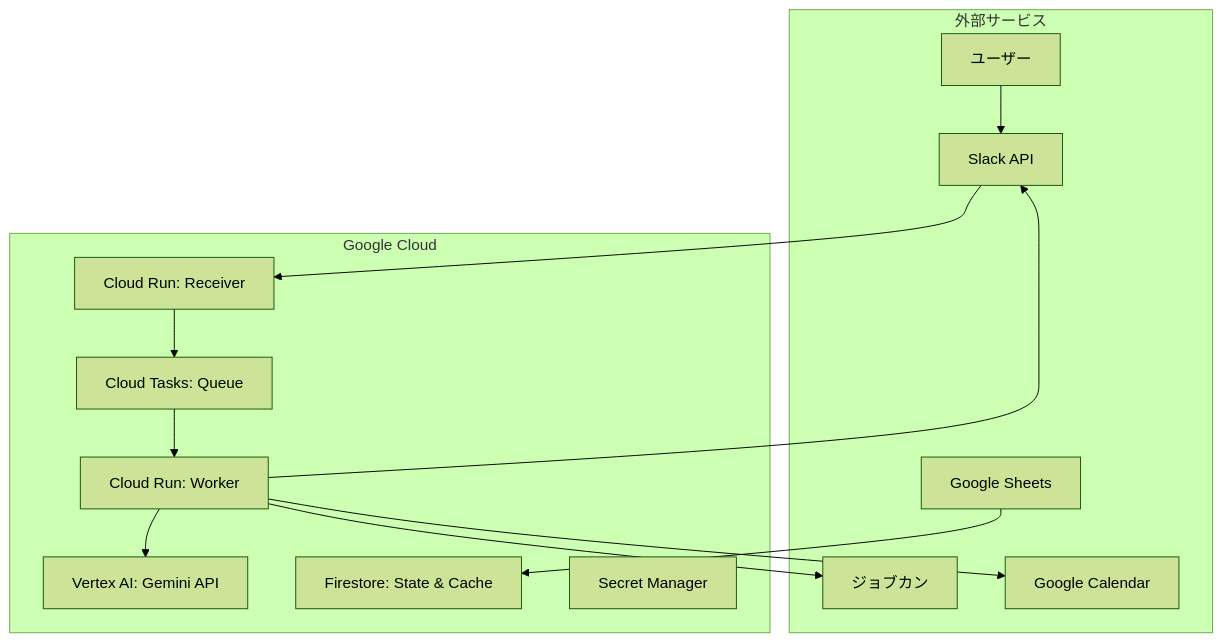
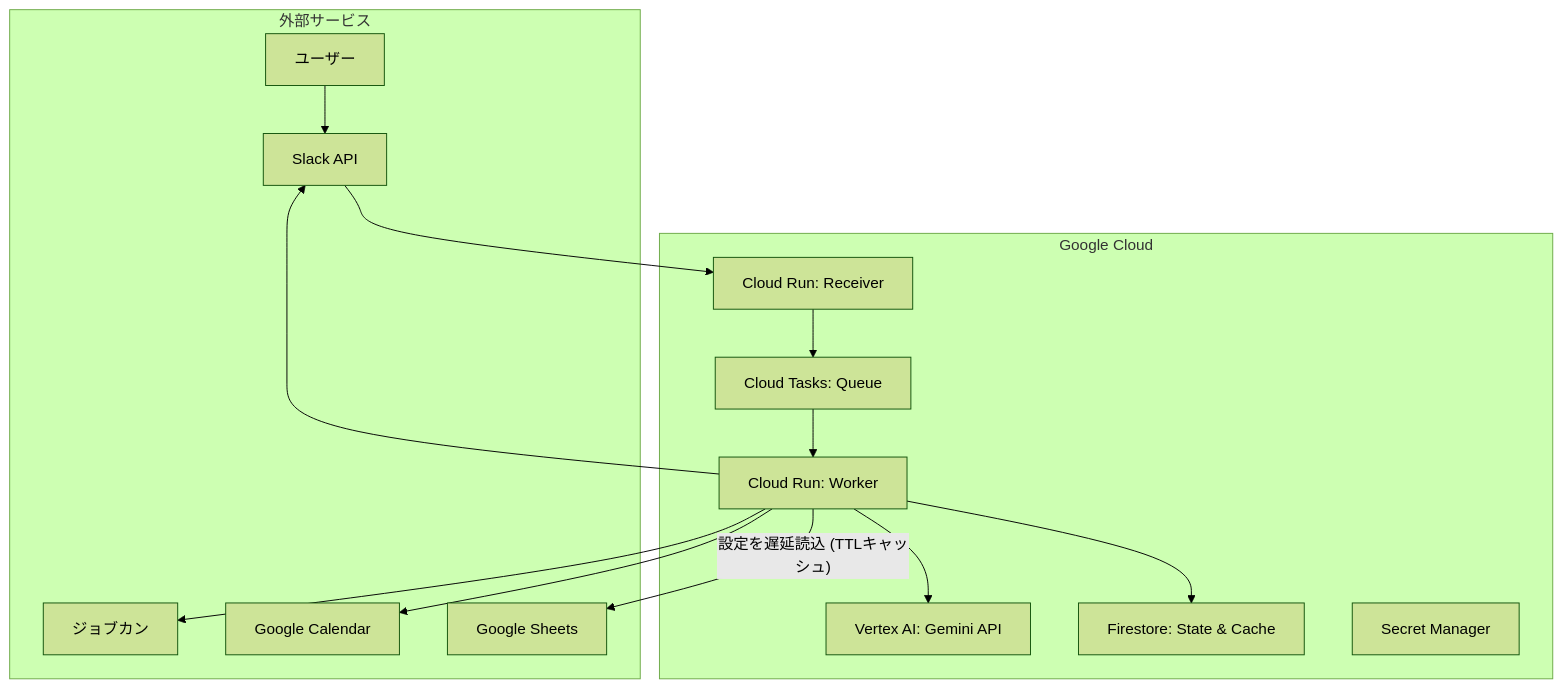
The diagram in README.md (ea-Mitsuoka/kintai-sync), drawn with Mermaid (forest theme) before and after one commit. The commit also changed other lines of this file and 20 other files, not shown here.

````diff
--- a/README.md
+++ b/README.md
@@ -25,29 +25,30 @@
 ```mermaid
 graph TB
     subgraph "外部サービス"
         U["ユーザー"]
         Slack["Slack API"]
         Jobcan["ジョブカン"]
         GCal["Google Calendar"]
         GSheet["Google Sheets"]
     end
 
     subgraph "Google Cloud"
         Receiver["Cloud Run: Receiver"]
         Tasks["Cloud Tasks: Queue"]
         Worker["Cloud Run: Worker"]
         LLM["Vertex AI: Gemini API"]
         Firestore["Firestore: State & Cache"]
         Secret["Secret Manager"]
     end
 
     U --> Slack
     Slack --> Receiver
     Receiver --> Tasks
     Tasks --> Worker
     Worker --> LLM
     Worker --> Jobcan
     Worker --> Slack
     Worker --> GCal
-    GSheet --> Firestore
+    Worker -->|"設定を遅延読込 (TTLキャッシュ)"| GSheet
+    Worker --> Firestore
 ```
````
